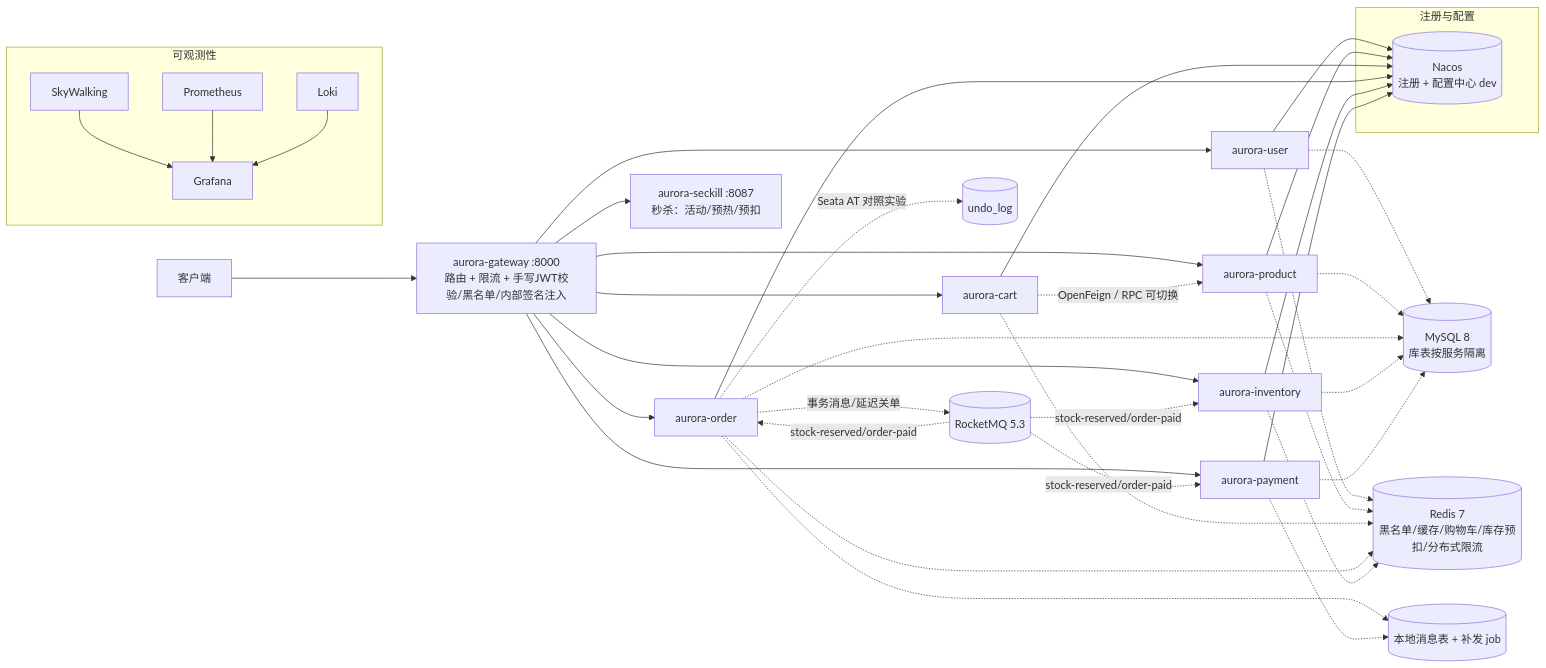
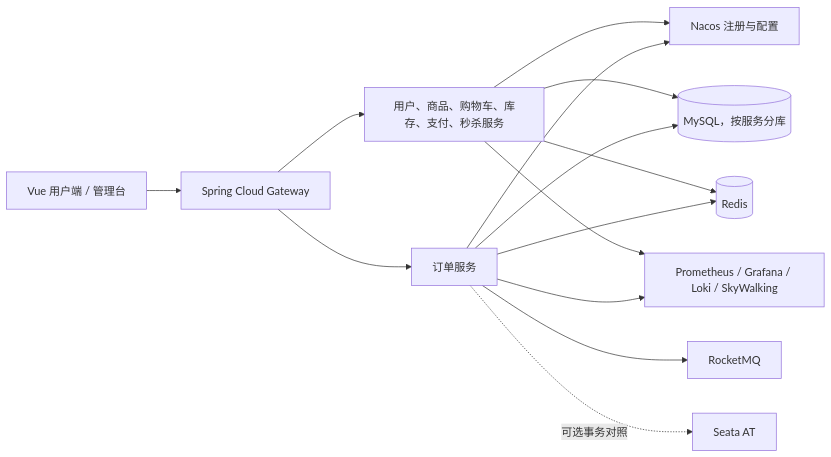
One commit to zeng-bohan/aurora-mall changed the diagram in README.md. Above: the diagram before and after it, drawn with Mermaid. The commit also changed other lines of this file, not shown here.

````diff
--- a/README.md
+++ b/README.md
@@ -60,32 +29,16 @@
-```mermaid
+~~~mermaid
 flowchart LR
-    C[客户端] --> G[aurora-gateway :8000<br/>路由 + 限流 + 手写JWT校验/黑名单/内部签名注入]
-
-    G --> U[aurora-user]
-    G --> P[aurora-product]
-    G --> CA[aurora-cart]
-    G --> O[aurora-order]
-    G --> I[aurora-inventory]
-    G --> PA[aurora-payment]
-    G --> SK[aurora-seckill :8087<br/>秒杀：活动/预热/预扣]
-
-    CA -. OpenFeign / RPC 可切换 .-> P
-
-    subgraph 注册与配置
-      N[(Nacos<br/>注册 + 配置中心 dev)]
-    end
-
-    U & P & CA & O & I & PA --> N
-
-    O -. 事务消息/延迟关单 .-> MQ[(RocketMQ 5.3)]
-    MQ -. stock-reserved/order-paid .-> I & PA & O
-    O -. Seata AT 对照实验 .-> SE[(undo_log)]
-
-    U & P & O & I & PA -.-> SQL[(MySQL 8<br/>库表按服务隔离)]
-    U & P & CA & O & I -.-> R[(Redis 7<br/>黑名单/缓存/购物车/库存预扣/分布式限流)]
-    O & PA -.-> OMQ[(本地消息表 + 补发 job)]
-
-    subgraph 可观测性
-      SW[SkyWalking] & PR[Prometheus] & LK[Loki] --> GR[Grafana]
-    end
-```
+    Web[Vue 用户端 / 管理台] --> GW[Spring Cloud Gateway]
+    GW --> S[用户、商品、购物车、库存、支付、秒杀服务]
+    GW --> O[订单服务]
+    S --> N[Nacos 注册与配置]
+    O --> N
+    S --> DB[(MySQL，按服务分库)]
+    O --> DB
+    S --> R[(Redis)]
+    O --> R
+    O --> MQ[RocketMQ]
+    O -. 可选事务对照 .-> SEATA[Seata AT]
+    S --> OBS[Prometheus / Grafana / Loki / SkyWalking]
+    O --> OBS
+~~~
````
